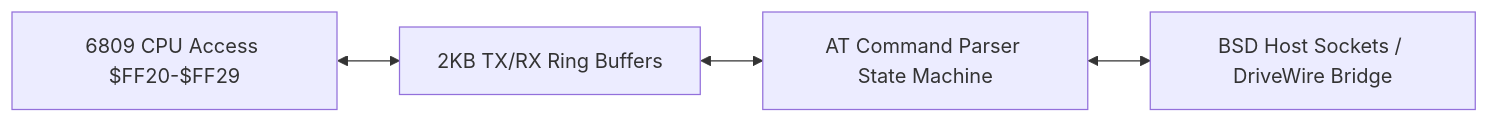
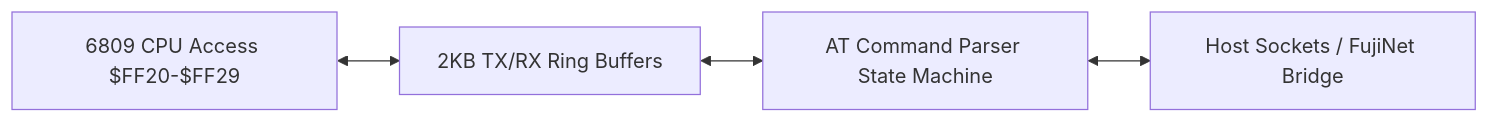
Before and after one commit to rlucente-retro/mame: the second of 2 diagrams in WILDBITS_JR2_ARCHITECTURE.md, drawn with Mermaid. The commit also changed other lines of this file and 1 other file, not shown here.

Commit message:
Implement full WizFi360 hardware FIFO, AT command engine, transparent mode, and socket bridge

````diff
--- a/WILDBITS_JR2_ARCHITECTURE.md
+++ b/WILDBITS_JR2_ARCHITECTURE.md
@@ -359,6 +359,6 @@
 ```mermaid
 graph LR
     CPU[6809 CPU Access $FF20-$FF29] <--> FIFO[2KB TX/RX Ring Buffers]
     FIFO <--> AT[AT Command Parser State Machine]
-    AT <--> NET[BSD Host Sockets / DriveWire Bridge]
+    AT <--> NET[Host Sockets / FujiNet Bridge]
 ```
````
